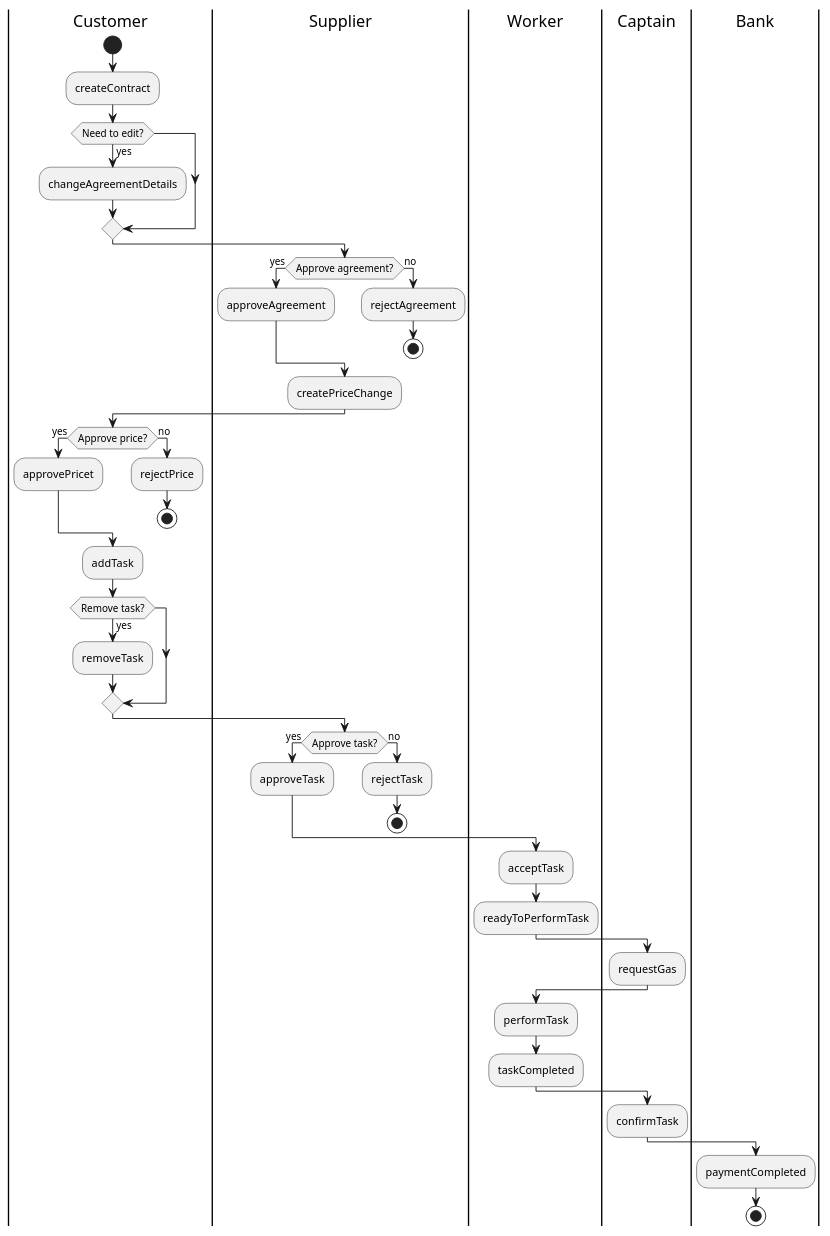
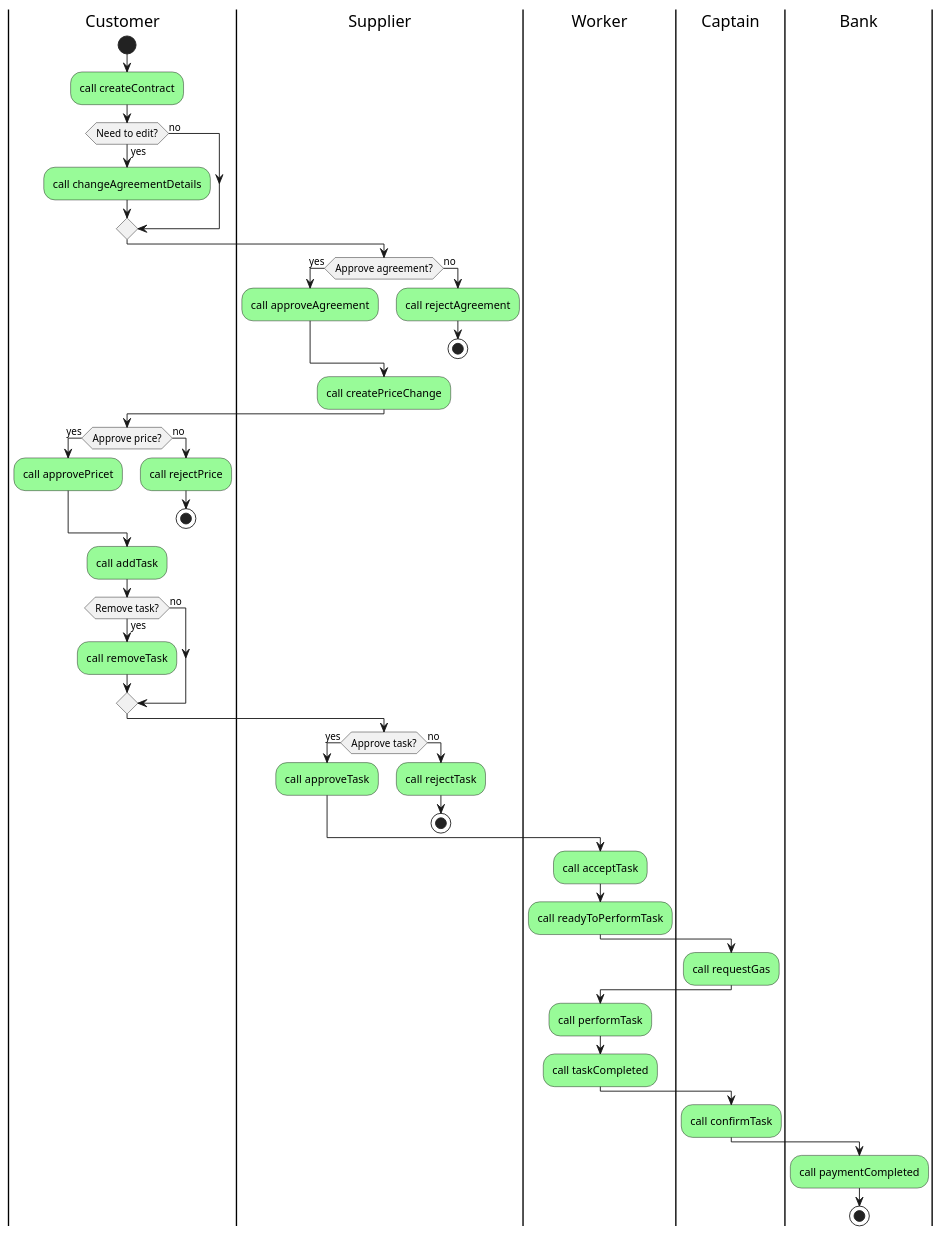
The diagram in docs/README.org (euler-hack/blockchain-hack-test-stage), drawn with PlantUML before and after one commit. The commit also changed 1 other file, not shown here.

Commit message:
Added green color for method calls.

```diff
--- a/docs/README.org
+++ b/docs/README.org
@@ -5,55 +5,57 @@
 #+BEGIN_SRC plantuml :file workflow.png :exports results
 @startuml
 |Customer|
 start
 |Customer|
-:createContract;
+#palegreen:call createContract;
 if (Need to edit?) then (yes)
-    :changeAgreementDetails;
+    #palegreen:call changeAgreementDetails;
+else (no)
 endif
 |Supplier|
 if (Approve agreement?) then (yes)
-  :approveAgreement;
+  #palegreen:call approveAgreement;
 else (no)
-  :rejectAgreement;
+  #palegreen:call rejectAgreement;
   stop
 endif
 |Supplier|
-:createPriceChange;
+#palegreen:call createPriceChange;
 |Customer|
 if (Approve price?) then (yes)
-  :approvePricet;
+  #palegreen:call approvePricet;
 else (no)
-  :rejectPrice;
+  #palegreen:call rejectPrice;
   stop
 endif
 |Customer|
-:addTask;
+#palegreen:call addTask;
 |Customer|
 if (Remove task?) then (yes)
-:removeTask;
+#palegreen:call removeTask;
+else (no)
 endif
 |Supplier|
 if (Approve task?) then (yes)
-  :approveTask;
+  #palegreen:call approveTask;
 else (no)
-  :rejectTask;
+  #palegreen:call rejectTask;
   stop
 endif
 |Worker|
-:acceptTask;
+#palegreen:call acceptTask;
 |Worker|
-:readyToPerformTask;
+#palegreen:call readyToPerformTask;
 |Captain|
-:requestGas;
+#palegreen:call requestGas;
 |Worker|
-:performTask;
+#palegreen:call performTask;
 |Worker|
-:taskCompleted;
+#palegreen:call taskCompleted;
 |Captain|
-:confirmTask;
+#palegreen:call confirmTask;
 |Bank|
-:paymentCompleted;
+#palegreen:call paymentCompleted;
 stop
 @enduml
 #+END_SRC
```
